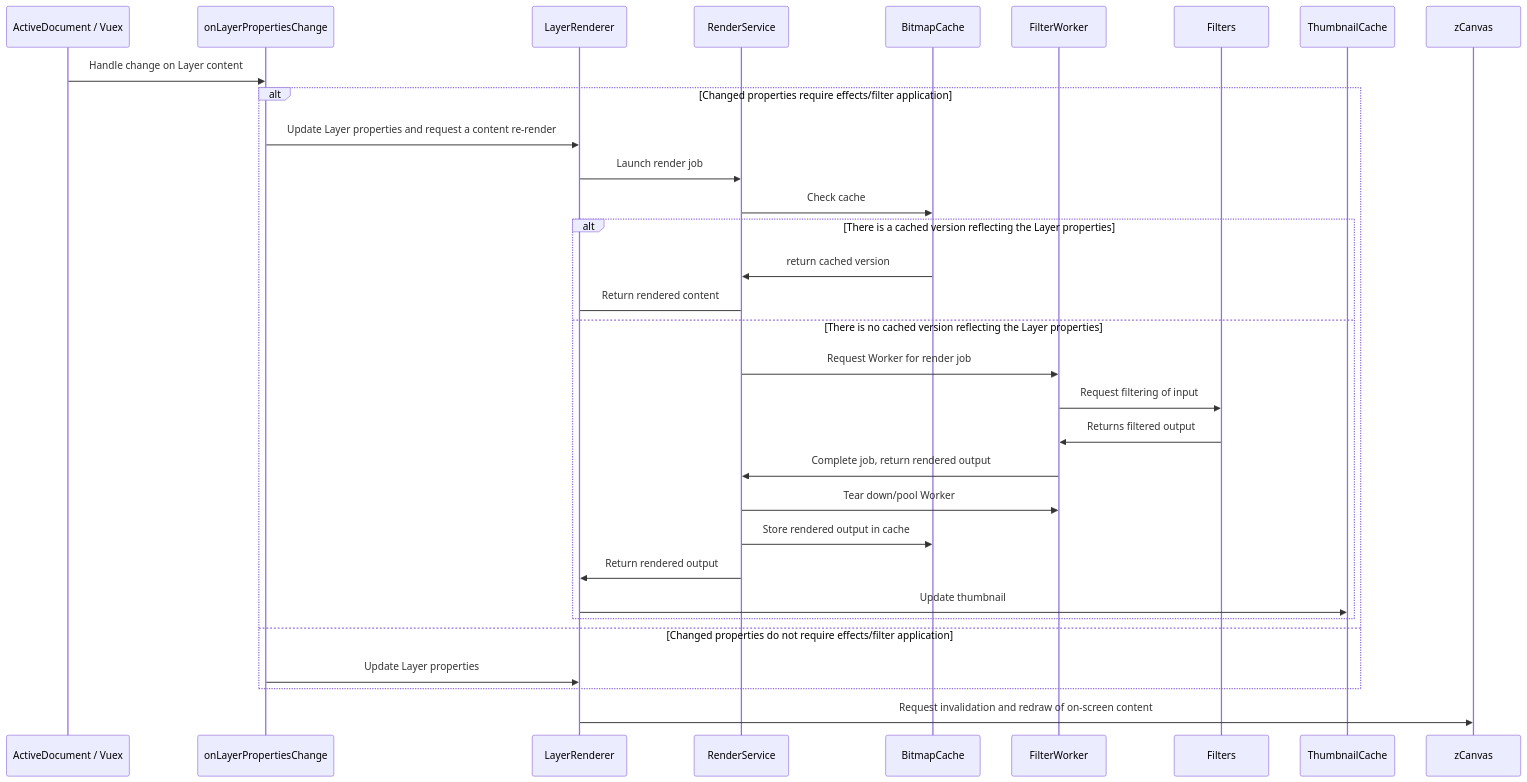
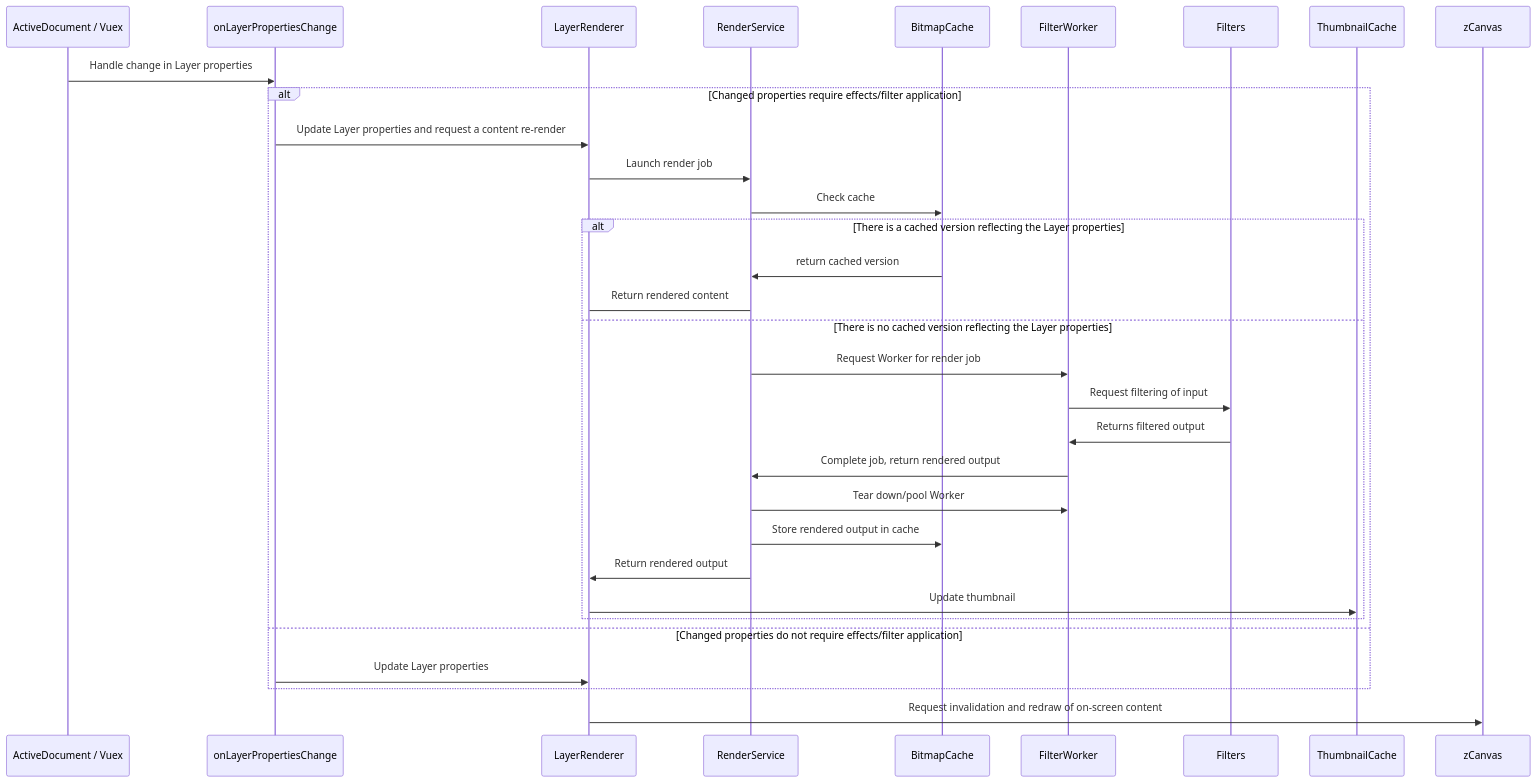
Before and after one commit to igorski/bitmappery: the second of 2 diagrams in README.md, drawn with Mermaid.

````diff
--- a/README.md
+++ b/README.md
@@ -119,28 +119,28 @@
 ```mermaid
 sequenceDiagram
-    ActiveDocument / Vuex->>onLayerPropertiesChange: Handle change on Layer content
+    ActiveDocument / Vuex->>onLayerPropertiesChange: Handle change in Layer properties
 
     alt Changed properties require effects/filter application
         onLayerPropertiesChange->>LayerRenderer: Update Layer properties and request a content re-render
         LayerRenderer->>RenderService: Launch render job
         RenderService->>BitmapCache: Check cache
 
         alt There is a cached version reflecting the Layer properties
             BitmapCache->>RenderService: return cached version
             RenderService->LayerRenderer: Return rendered content
         else There is no cached version reflecting the Layer properties
             RenderService->>FilterWorker: Request Worker for render job
             FilterWorker->>Filters: Request filtering of input
             Filters->>FilterWorker: Returns filtered output
             FilterWorker->>RenderService: Complete job, return rendered output
             RenderService->>FilterWorker: Tear down/pool Worker
             RenderService->>BitmapCache: Store rendered output in cache
             RenderService->>LayerRenderer: Return rendered output
             LayerRenderer->>ThumbnailCache: Update thumbnail
         end
     else Changed properties do not require effects/filter application
         onLayerPropertiesChange->>LayerRenderer: Update Layer properties
         end
 
     LayerRenderer->>zCanvas: Request invalidation and redraw of on-screen content
 ```
````
